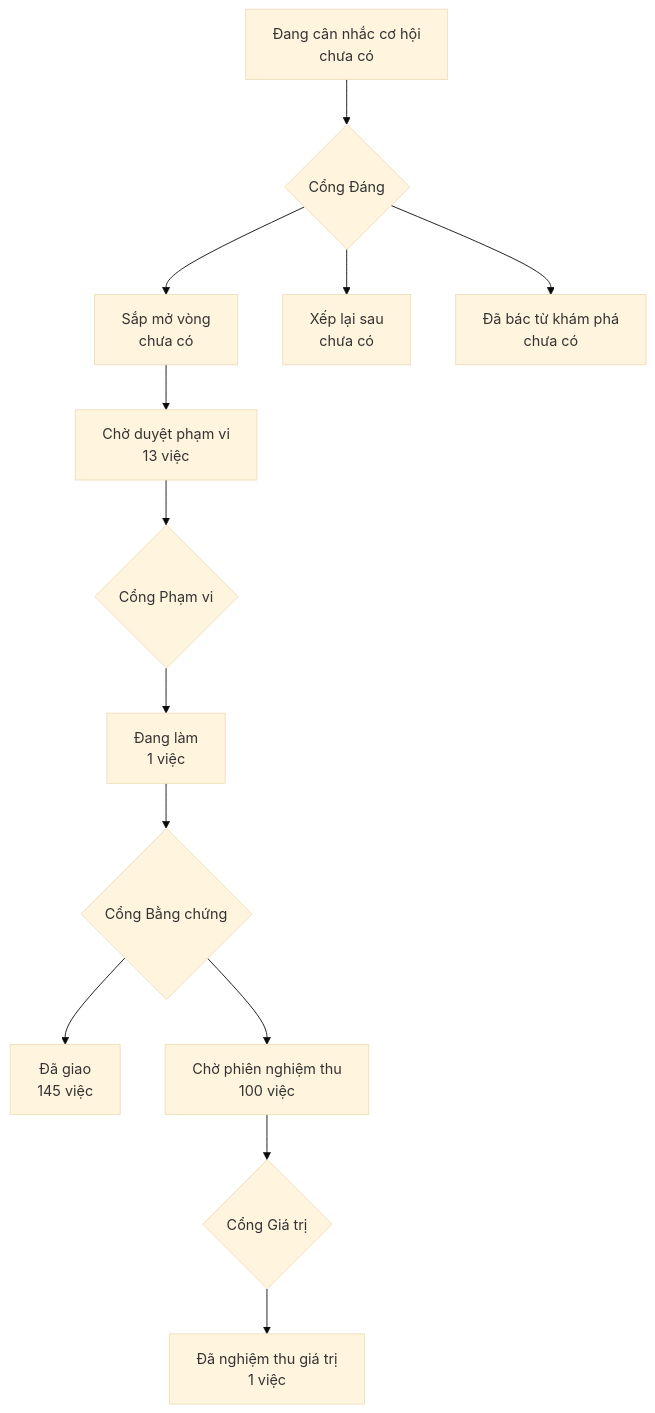
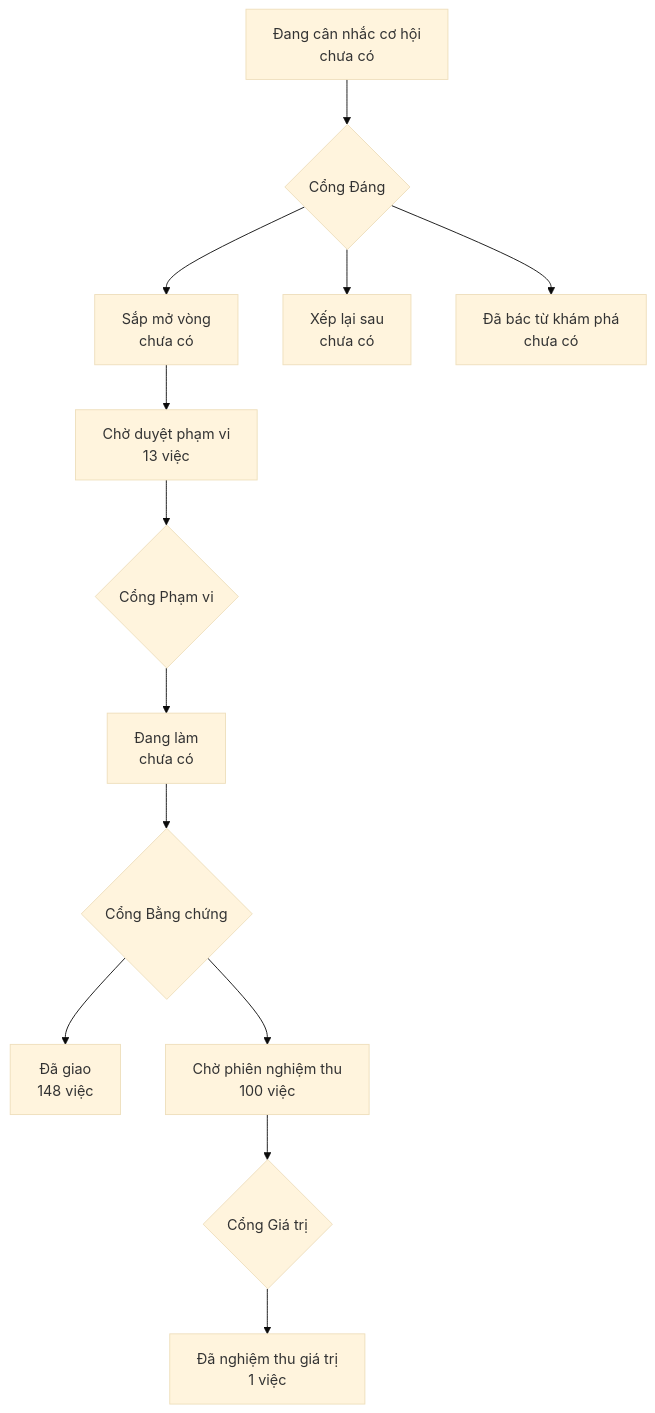
One commit to phanlemanh/onehub-invest changed the diagram in PRODUCT-MAP.md. Above: the diagram before and after it, drawn with Mermaid (base theme). The commit also changed other lines of this file and 1 other file, not shown here.

````diff
--- a/PRODUCT-MAP.md
+++ b/PRODUCT-MAP.md
@@ -7,12 +7,12 @@
 ```mermaid
 flowchart TD
   A["Đang cân nhắc cơ hội<br/>chưa có"] --> GD{"Cổng Đáng"}
   GD --> B["Sắp mở vòng<br/>chưa có"]
   GD --> XL["Xếp lại sau<br/>chưa có"]
   GD --> DB["Đã bác từ khám phá<br/>chưa có"]
   B --> CD["Chờ duyệt phạm vi<br/>13 việc"] --> GP{"Cổng Phạm vi"}
-  GP --> DL["Đang làm<br/>1 việc"] --> GB{"Cổng Bằng chứng"}
-  GB --> DG["Đã giao<br/>145 việc"]
+  GP --> DL["Đang làm<br/>chưa có"] --> GB{"Cổng Bằng chứng"}
+  GB --> DG["Đã giao<br/>148 việc"]
   GB --> CN["Chờ phiên nghiệm thu<br/>100 việc"] --> GG{"Cổng Giá trị"}
   GG --> NT["Đã nghiệm thu giá trị<br/>1 việc"]
 ```
````
